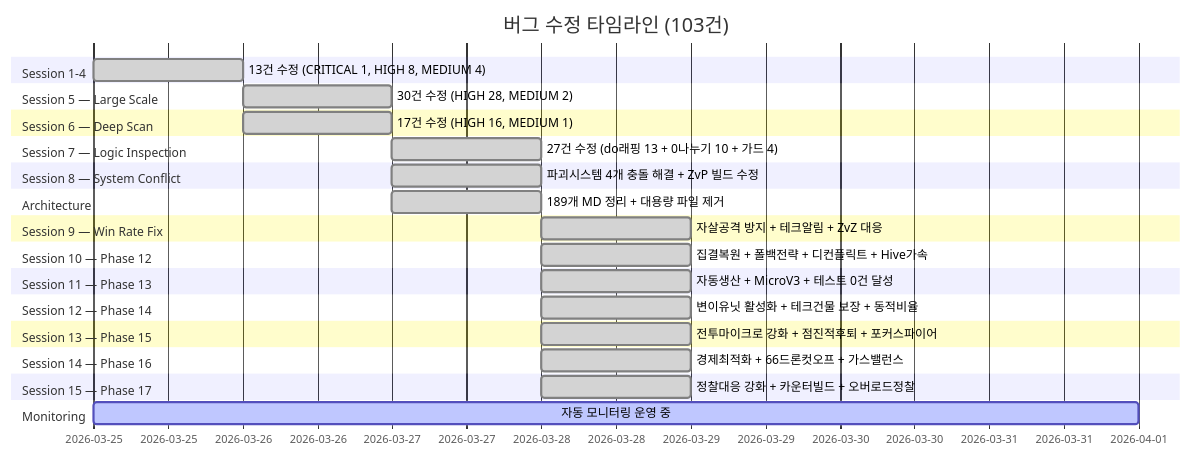
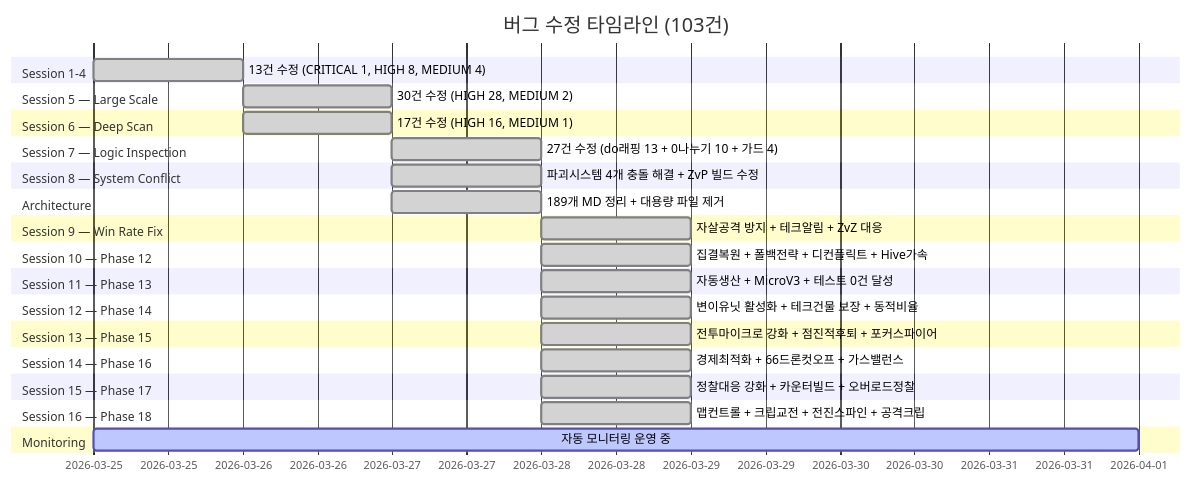
One commit to sun475300-sudo/Swarm-control-in-sc2bot changed diagram 23 of 31 in README.md. Above: the diagram before and after it, drawn with Mermaid. The commit also changed other lines of this file and 3 other files, not shown here.

First line of the commit message:
feat: Phase 18 맵 컨트롤 시스템 — 크립교전 + 전진스파인 + 공격적크립

````diff
--- a/README.md
+++ b/README.md
@@ -633,33 +633,35 @@
 ```mermaid
 gantt
     title 버그 수정 타임라인 (103건)
     dateFormat YYYY-MM-DD
     section Session 1-4
         13건 수정 (CRITICAL 1, HIGH 8, MEDIUM 4)   :done, s1, 2026-03-25, 1d
     section Session 5 — Large Scale
         30건 수정 (HIGH 28, MEDIUM 2)              :done, s5, 2026-03-26, 1d
     section Session 6 — Deep Scan
         17건 수정 (HIGH 16, MEDIUM 1)              :done, s6, 2026-03-26, 1d
     section Session 7 — Logic Inspection
         27건 수정 (do래핑 13 + 0나누기 10 + 가드 4) :done, s7, 2026-03-27, 1d
     section Session 8 — System Conflict
         파괴시스템 4개 충돌 해결 + ZvP 빌드 수정    :done, s8, 2026-03-27, 1d
     section Architecture
         189개 MD 정리 + 대용량 파일 제거            :done, s9, 2026-03-27, 1d
     section Session 9 — Win Rate Fix
         자살공격 방지 + 테크알림 + ZvZ 대응         :done, s10, 2026-03-28, 1d
     section Session 10 — Phase 12
         집결복원 + 폴백전략 + 디컨플릭트 + Hive가속 :done, s11, 2026-03-28, 1d
     section Session 11 — Phase 13
         자동생산 + MicroV3 + 테스트 0건 달성       :done, s12, 2026-03-28, 1d
     section Session 12 — Phase 14
         변이유닛 활성화 + 테크건물 보장 + 동적비율  :done, s13, 2026-03-28, 1d
     section Session 13 — Phase 15
         전투마이크로 강화 + 점진적후퇴 + 포커스파이어 :done, s14, 2026-03-28, 1d
     section Session 14 — Phase 16
         경제최적화 + 66드론컷오프 + 가스밸런스     :done, s15, 2026-03-28, 1d
     section Session 15 — Phase 17
         정찰대응 강화 + 카운터빌드 + 오버로드정찰   :done, s16, 2026-03-28, 1d
+    section Session 16 — Phase 18
+        맵컨트롤 + 크립교전 + 전진스파인 + 공격크립 :done, s17, 2026-03-28, 1d
     section Monitoring
         자동 모니터링 운영 중                        :active, mon, 2026-03-25, 7d
 ```
````
